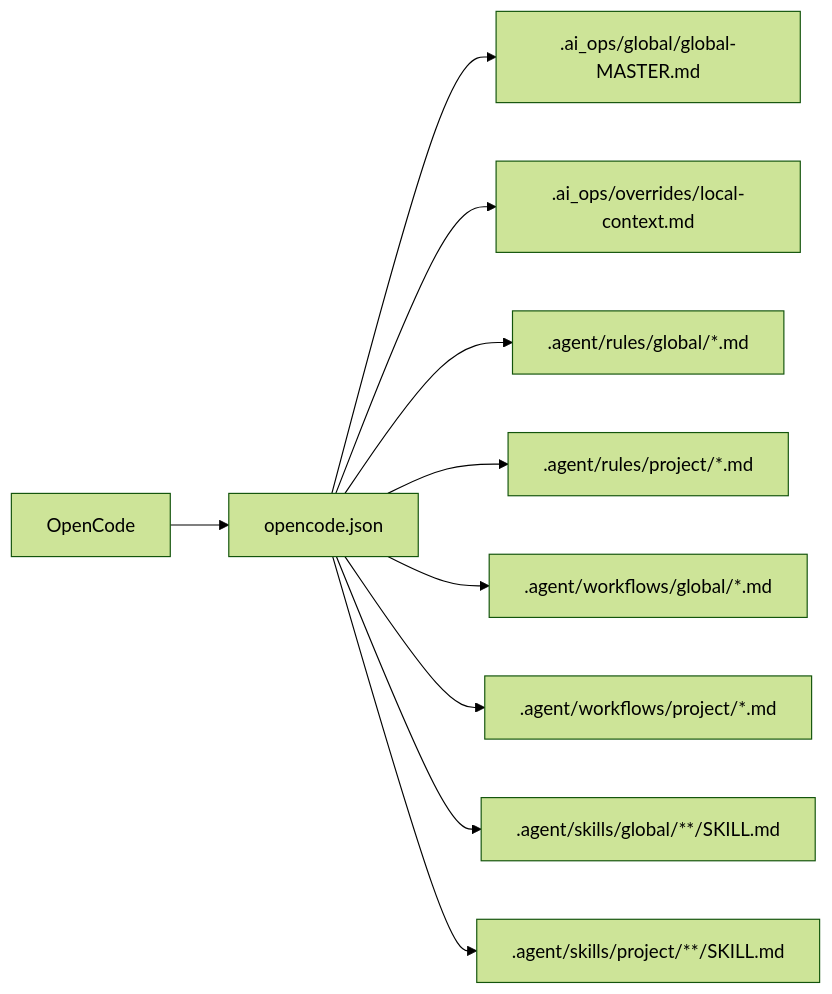
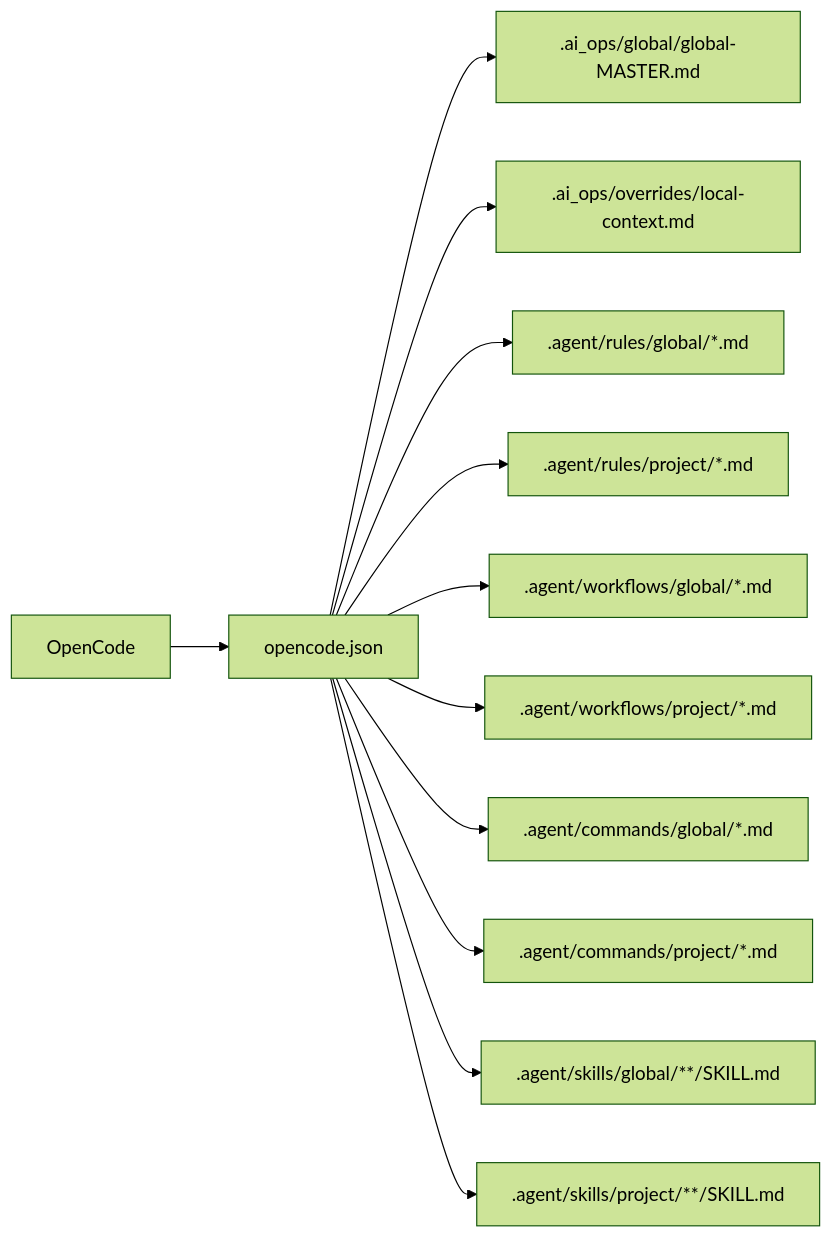
One commit to rajesharora27/central_ai_ops changed the fourth of 8 diagrams in README.md. Above: the diagram before and after it, drawn with Mermaid (forest theme). The commit also changed other lines of this file and 9 other files, not shown here.

````diff
--- a/README.md
+++ b/README.md
@@ -86,12 +93,14 @@
 ```mermaid
 flowchart LR
   A[OpenCode] --> B[opencode.json]
   B --> C[.ai_ops/global/global-MASTER.md]
   B --> D[.ai_ops/overrides/local-context.md]
   B --> E[.agent/rules/global/*.md]
   B --> F[.agent/rules/project/*.md]
   B --> G[.agent/workflows/global/*.md]
   B --> H[.agent/workflows/project/*.md]
-  B --> I[.agent/skills/global/**/SKILL.md]
-  B --> J[.agent/skills/project/**/SKILL.md]
+  B --> I[.agent/commands/global/*.md]
+  B --> J[.agent/commands/project/*.md]
+  B --> K[.agent/skills/global/**/SKILL.md]
+  B --> L[.agent/skills/project/**/SKILL.md]
 ```
````
